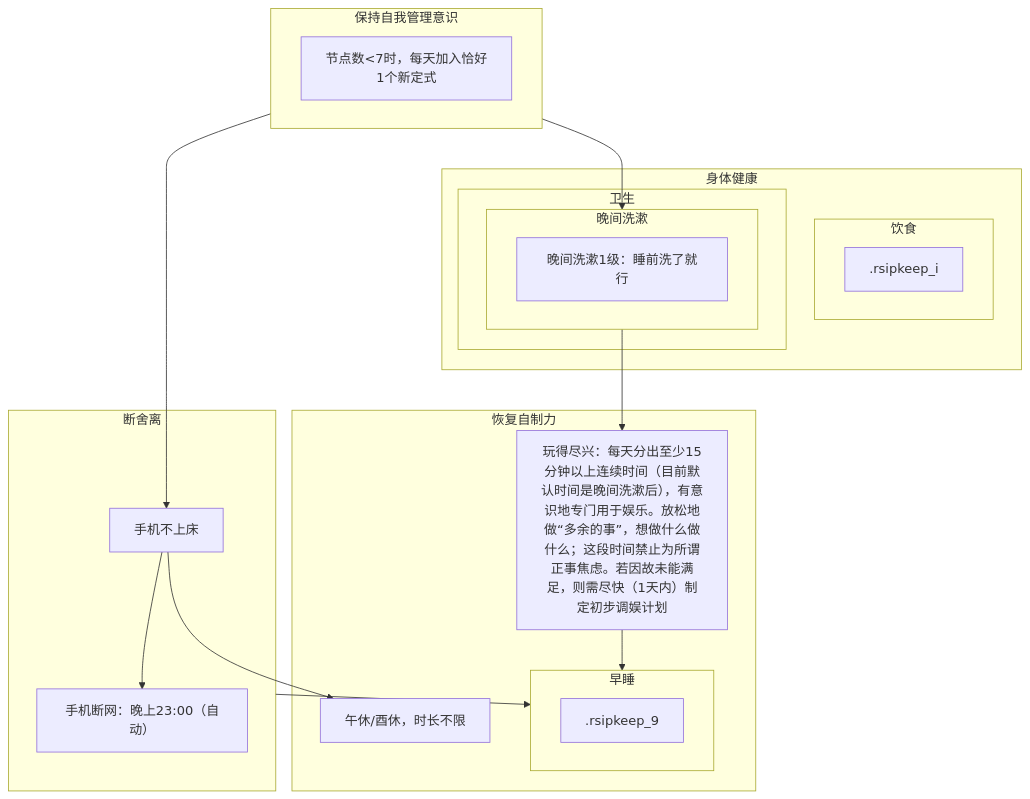
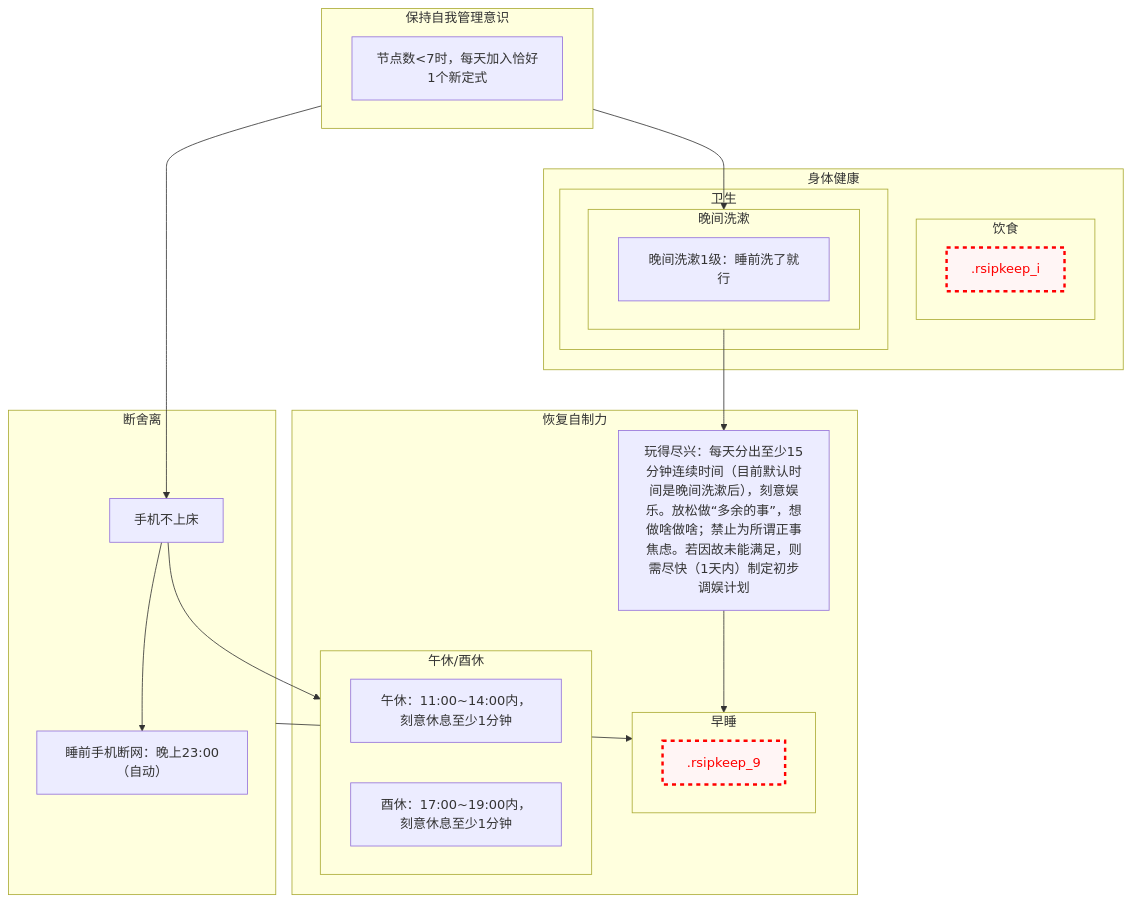
Before and after one commit to Ethkuil/RSIP-tree: the diagram in README.md, drawn with Mermaid. The commit also changed other lines of this file, not shown here.

Commit message:
refine 2[午休/酉休] while inserting j, k & feat: define class failed

````diff
--- a/README.md
+++ b/README.md
@@ -7,37 +9,44 @@
 ```mermaid
 graph TD
+
+classDef failed stroke:#ff0000, stroke-width:3px, color:#ff0000, fill:#fff5f5, stroke-dasharray: 5
 
 subgraph 5[保持自我管理意识]
   0[节点数<7时，每天加入恰好1个新定式]
 end
 5 --> 1
 5 --> 6
 
 subgraph d[断舍离]
   1[手机不上床]
-  1 --> e[手机断网：晚上23:00（自动）]
+  1 --> e[睡前手机断网：晚上23:00（自动）]
 end
 
 subgraph g[身体健康]
   subgraph h[卫生]
     subgraph 6[晚间洗漱]
       b[晚间洗漱1级：睡前洗了就行]
     end
   end
   subgraph i[饮食]
     .rsipkeep_i
+    class .rsipkeep_i failed
   end
 end
 
 1 --> 2
 d --> 9
 6 --> 8
 subgraph f[恢复自制力]
-  2[午休/酉休，时长不限]
-  8[玩得尽兴：每天分出至少15分钟以上连续时间（目前默认时间是晚间洗漱后），有意识地专门用于娱乐。放松地做“多余的事”，想做什么做什么；这段时间禁止为所谓正事焦虑。若因故未能满足，则需尽快（1天内）制定初步调娱计划]
+  subgraph 2[午休/酉休]
+    j[午休：11:00~14:00内，刻意休息至少1分钟]
+    k[酉休：17:00~19:00内，刻意休息至少1分钟]
+  end
+  8[玩得尽兴：每天分出至少15分钟连续时间（目前默认时间是晚间洗漱后），刻意娱乐。放松做“多余的事”，想做啥做啥；禁止为所谓正事焦虑。若因故未能满足，则需尽快（1天内）制定初步调娱计划]
   8 --> 9
   subgraph 9[早睡]
     .rsipkeep_9
+    class .rsipkeep_9 failed
   end
 end
 ```
````
